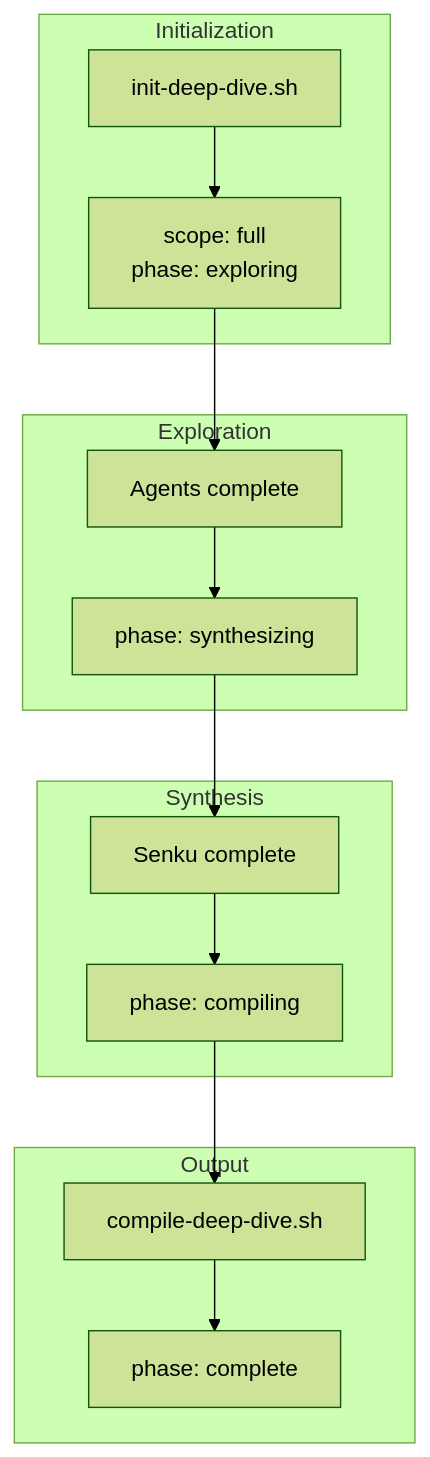
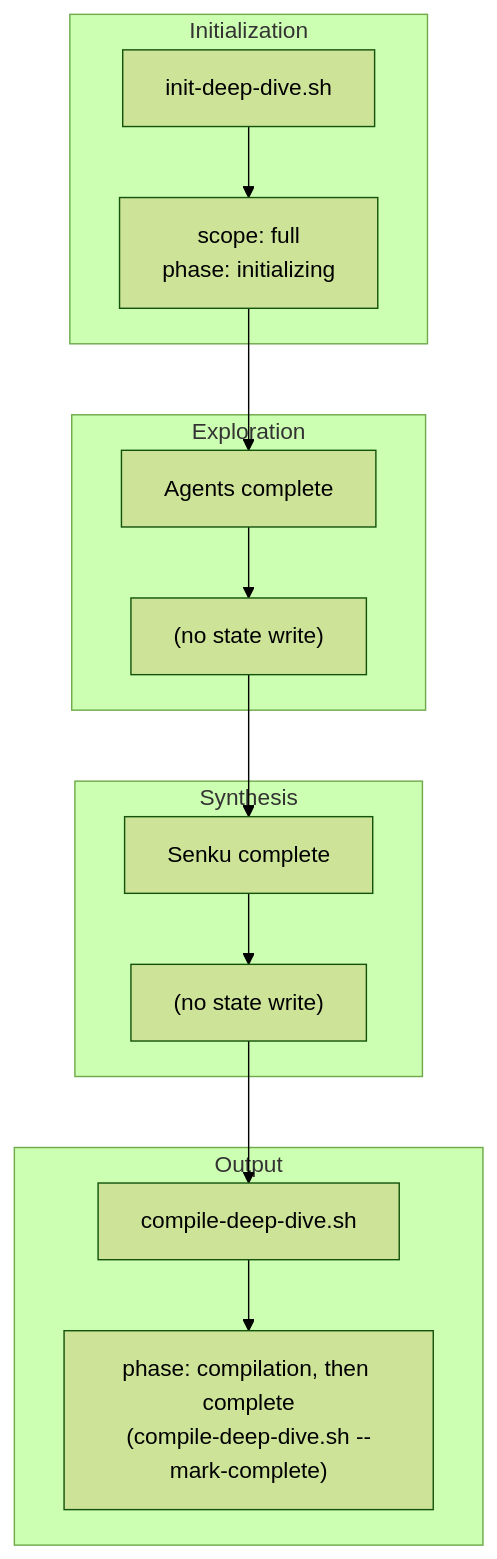
One commit to josix/agent-flow changed the fourth of 9 diagrams in docs/architecture/data-flows.md. Above: the diagram before and after it, drawn with Mermaid (forest theme). The commit also changed other lines of this file and 29 other files, not shown here.

````diff
--- a/docs/architecture/data-flows.md
+++ b/docs/architecture/data-flows.md
@@ -238,27 +239,27 @@
 ```mermaid
 flowchart TB
     subgraph Init["Initialization"]
         I1[init-deep-dive.sh]
-        I2["scope: full<br/>phase: exploring"]
+        I2["scope: full<br/>phase: initializing"]
     end
 
     subgraph Explore["Exploration"]
         E1[Agents complete]
-        E2["phase: synthesizing"]
+        E2["(no state write)"]
     end
 
     subgraph Synth["Synthesis"]
         S1[Senku complete]
-        S2["phase: compiling"]
+        S2["(no state write)"]
     end
 
     subgraph Output["Output"]
         O1[compile-deep-dive.sh]
-        O2["phase: complete"]
+        O2["phase: compilation, then complete<br/>(compile-deep-dive.sh --mark-complete)"]
     end
 
     I1 --> I2
     I2 --> E1 --> E2
     E2 --> S1 --> S2
     S2 --> O1 --> O2
 ```
````
